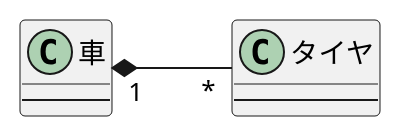
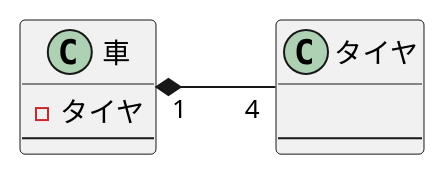
The diagram in 演習3-4_クラス図.pu (Aishin12/uml_introduction), drawn with PlantUML before and after one commit. The commit also changed 1 other file, not shown here.

```diff
--- a/演習3-4_クラス図.pu
+++ b/演習3-4_クラス図.pu
@@ -1,13 +1,15 @@
 @startuml クラス図
 left to right direction
 
 class 車{
+    - タイヤ
 ---
 }
 
 class タイヤ{
+
 ---
 }
 
-車 "1" *-- "*" タイヤ
+車 "1" *-- "4" タイヤ
 @enduml
```
